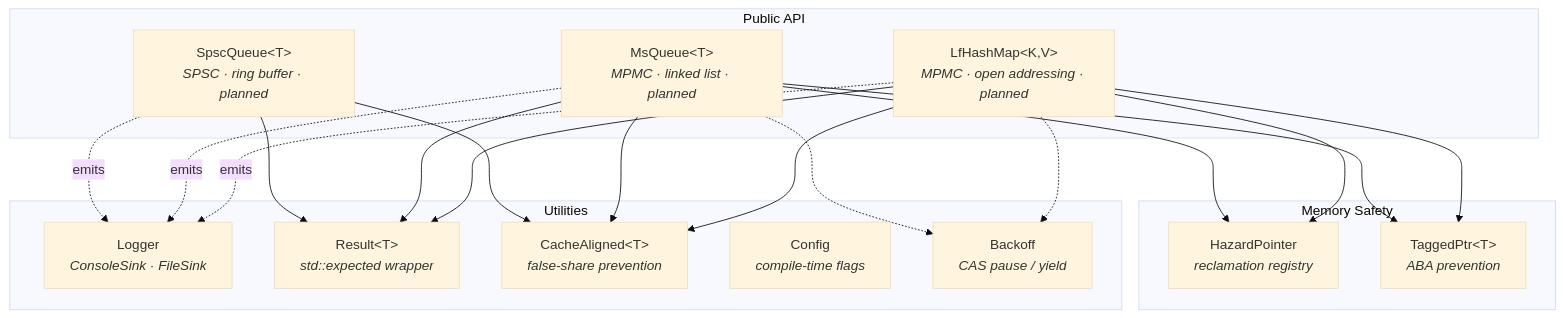
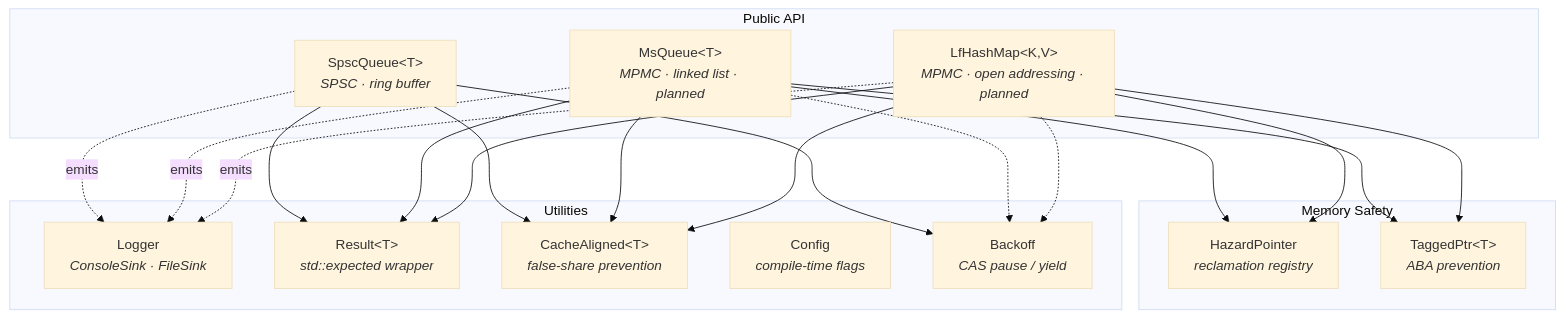
The first of 3 diagrams in README.md (salgue441/quark), drawn with Mermaid (base theme) before and after one commit. The commit also changed other lines of this file and 6 other files, not shown here.

First line of the commit message:
feat: add SpscQueue with pluggable ring storage

````diff
--- a/README.md
+++ b/README.md
@@ -56,41 +54,42 @@
 ```mermaid
 graph TB
     subgraph Public API
-        SPSC["SpscQueue&lt;T&gt;<br/><i>SPSC · ring buffer · planned</i>"]
+        SPSC["SpscQueue&lt;T&gt;<br/><i>SPSC · ring buffer</i>"]
         MSQ["MsQueue&lt;T&gt;<br/><i>MPMC · linked list · planned</i>"]
         HM["LfHashMap&lt;K,V&gt;<br/><i>MPMC · open addressing · planned</i>"]
     end
 
     subgraph Memory Safety
         HP["HazardPointer<br/><i>reclamation registry</i>"]
         TP["TaggedPtr&lt;T&gt;<br/><i>ABA prevention</i>"]
     end
 
     subgraph Utilities
         LOG["Logger<br/><i>ConsoleSink · FileSink</i>"]
         ERR["Result&lt;T&gt;<br/><i>std::expected wrapper</i>"]
         ARCH["CacheAligned&lt;T&gt;<br/><i>false-share prevention</i>"]
         CFG["Config<br/><i>compile-time flags</i>"]
         BO["Backoff<br/><i>CAS pause / yield</i>"]
     end
 
     MSQ --> HP
     MSQ --> TP
     HM  --> HP
     HM  --> TP
 
     SPSC --> ARCH
     MSQ  --> ARCH
     HM   --> ARCH
 
     SPSC --> ERR
     MSQ  --> ERR
     HM   --> ERR
 
+    SPSC --> BO
+    MSQ -.-> BO
+    HM  -.-> BO
+
     SPSC -.->|"emits"| LOG
     MSQ  -.->|"emits"| LOG
     HM   -.->|"emits"| LOG
-
-    MSQ -.-> BO
-    HM  -.-> BO
 ```
````
